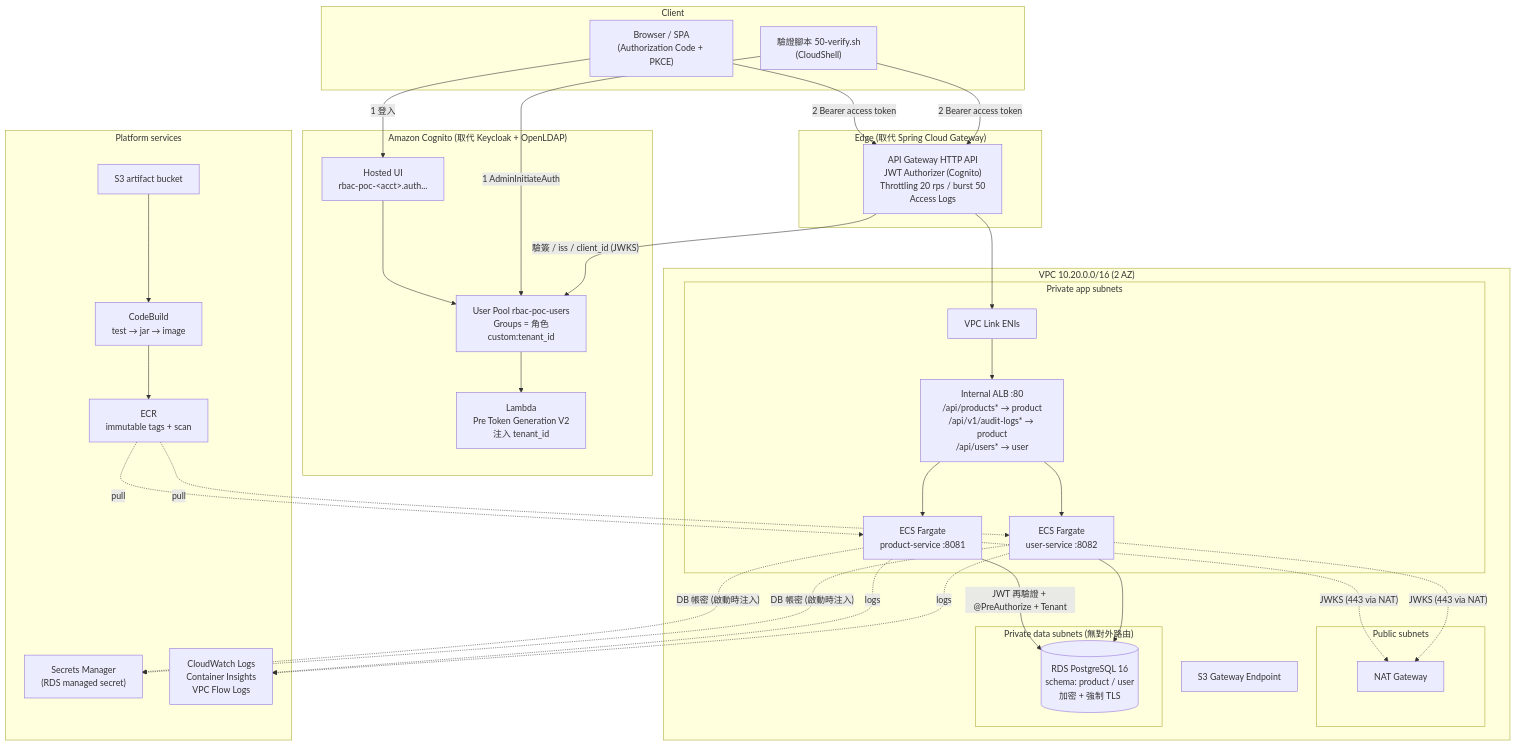
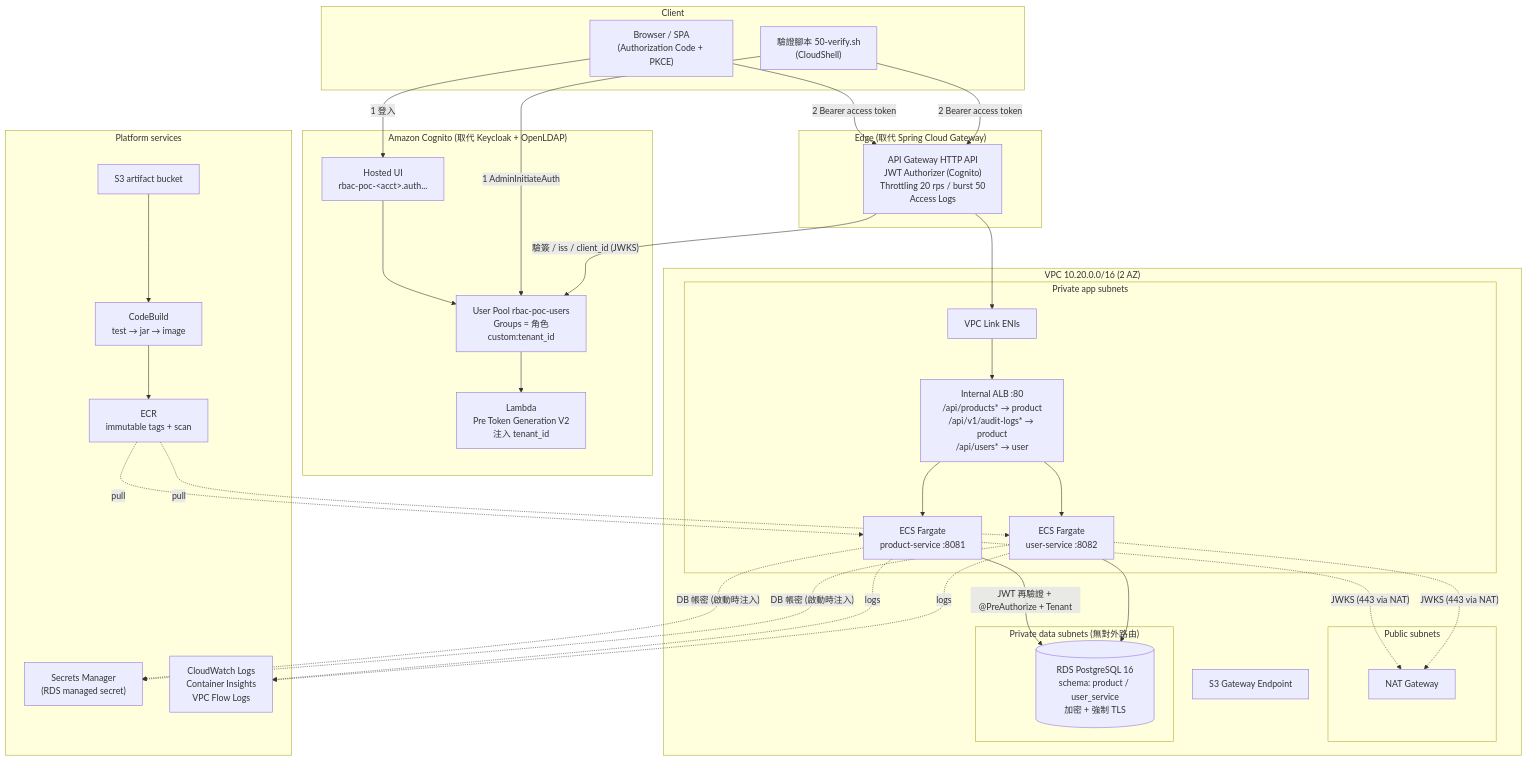
One commit to ChunPingWang/rbac-poc-on-aws-tutorial changed the first of 5 diagrams in README.md. Above: the diagram before and after it, drawn with Mermaid. The commit also changed other lines of this file and 4 other files, not shown here.

First line of the commit message:
fix(user-service): rename schema user -> user_service (reserved word in PostgreSQL)

````diff
--- a/README.md
+++ b/README.md
@@ -81,57 +81,57 @@
 ```mermaid
 flowchart TB
     subgraph Client["Client"]
         BROWSER["Browser / SPA<br/>(Authorization Code + PKCE)"]
         SCRIPT["驗證腳本 50-verify.sh<br/>(CloudShell)"]
     end
 
     subgraph Identity["Amazon Cognito (取代 Keycloak + OpenLDAP)"]
         UP["User Pool rbac-poc-users<br/>Groups = 角色<br/>custom:tenant_id"]
         HUI["Hosted UI<br/>rbac-poc-&lt;acct&gt;.auth..."]
         LAMBDA["Lambda<br/>Pre Token Generation V2<br/>注入 tenant_id"]
         UP --> LAMBDA
     end
 
     subgraph Edge["Edge (取代 Spring Cloud Gateway)"]
         APIGW["API Gateway HTTP API<br/>JWT Authorizer (Cognito)<br/>Throttling 20 rps / burst 50<br/>Access Logs"]
     end
 
     subgraph VPC["VPC 10.20.0.0/16 (2 AZ)"]
         subgraph Public["Public subnets"]
             NAT["NAT Gateway"]
         end
         subgraph App["Private app subnets"]
             VPCLINK["VPC Link ENIs"]
             ALB["Internal ALB :80<br/>/api/products* → product<br/>/api/v1/audit-logs* → product<br/>/api/users* → user"]
             PS["ECS Fargate<br/>product-service :8081"]
             US["ECS Fargate<br/>user-service :8082"]
         end
         subgraph Data["Private data subnets (無對外路由)"]
-            RDS[("RDS PostgreSQL 16<br/>schema: product / user<br/>加密 + 強制 TLS")]
+            RDS[("RDS PostgreSQL 16<br/>schema: product / user_service<br/>加密 + 強制 TLS")]
         end
         S3EP["S3 Gateway Endpoint"]
     end
 
     subgraph Platform["Platform services"]
         SM["Secrets Manager<br/>(RDS managed secret)"]
         ECR["ECR<br/>immutable tags + scan"]
         CB["CodeBuild<br/>test → jar → image"]
         S3["S3 artifact bucket"]
         CW["CloudWatch Logs<br/>Container Insights<br/>VPC Flow Logs"]
     end
 
     BROWSER -- "1 登入" --> HUI --> UP
     SCRIPT -- "1 AdminInitiateAuth" --> UP
     BROWSER -- "2 Bearer access token" --> APIGW
     SCRIPT -- "2 Bearer access token" --> APIGW
     APIGW -- "驗簽 / iss / client_id (JWKS)" --> UP
     APIGW --> VPCLINK --> ALB
     ALB --> PS
     ALB --> US
     PS -- "JWT 再驗證 + @PreAuthorize + Tenant" --> RDS
     US --> RDS
     PS & US -. "JWKS (443 via NAT)" .-> NAT
     PS & US -. "DB 帳密 (啟動時注入)" .-> SM
     S3 --> CB --> ECR -. "pull" .-> PS & US
     PS & US -. logs .-> CW
 ```
````
